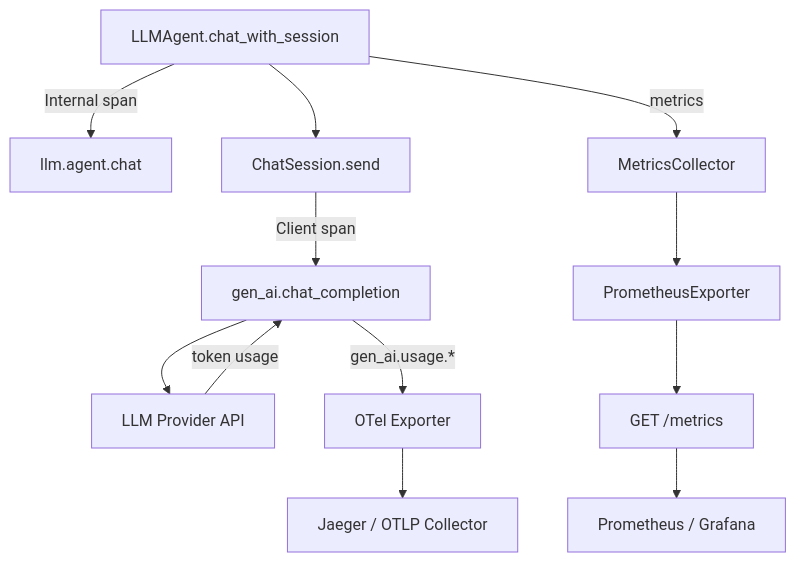
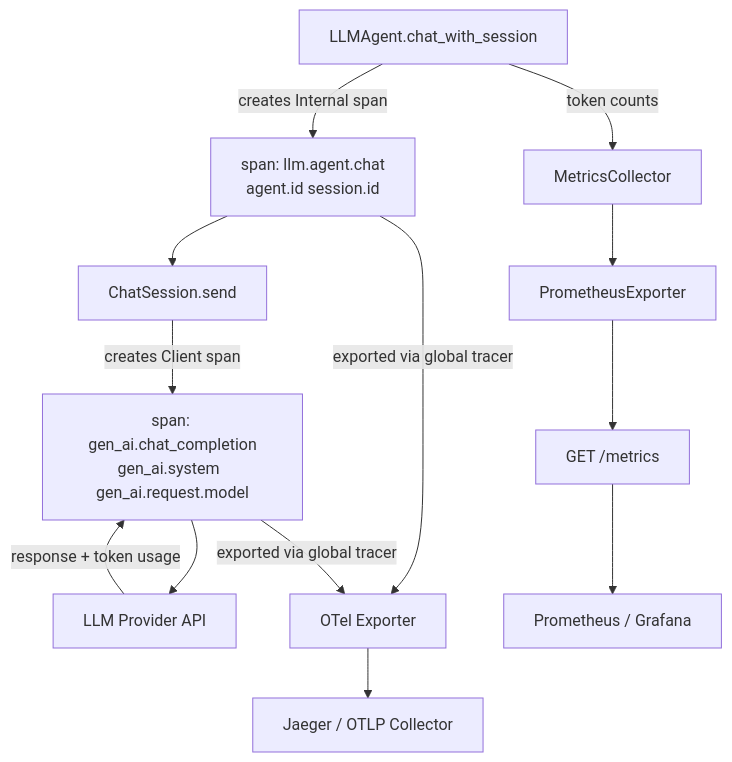
One commit to mofa-org/mofa changed the first of 3 diagrams in docs/mofa-doc/src/guides/monitoring.md. Above: the diagram before and after it, drawn with Mermaid.

Commit message:
fix(docs): correct architecture diagram arrow and span export flow in monitoring.md

````diff
--- a/docs/mofa-doc/src/guides/monitoring.md
+++ b/docs/mofa-doc/src/guides/monitoring.md
@@ -10,15 +10,16 @@
 ```mermaid
 graph TD
-    A[LLMAgent.chat_with_session] -->|Internal span| B[llm.agent.chat]
-    A --> C[ChatSession.send]
-    C -->|Client span| D[gen_ai.chat_completion]
+    A[LLMAgent.chat_with_session] -->|creates Internal span| B[span: llm.agent.chat\nagent.id  session.id]
+    B --> C[ChatSession.send]
+    C -->|creates Client span| D[span: gen_ai.chat_completion\ngen_ai.system  gen_ai.request.model]
     D --> E[LLM Provider API]
-    E -->|token usage| D
-    D -->|gen_ai.usage.*| F[OTel Exporter]
+    E -->|response + token usage| D
+    B -->|exported via global tracer| F[OTel Exporter]
+    D -->|exported via global tracer| F
     F --> G[Jaeger / OTLP Collector]
 
-    A -->|metrics| H[MetricsCollector]
+    A -->|token counts| H[MetricsCollector]
     H --> I[PrometheusExporter]
     I --> J[GET /metrics]
     J --> K[Prometheus / Grafana]
 ```
````
